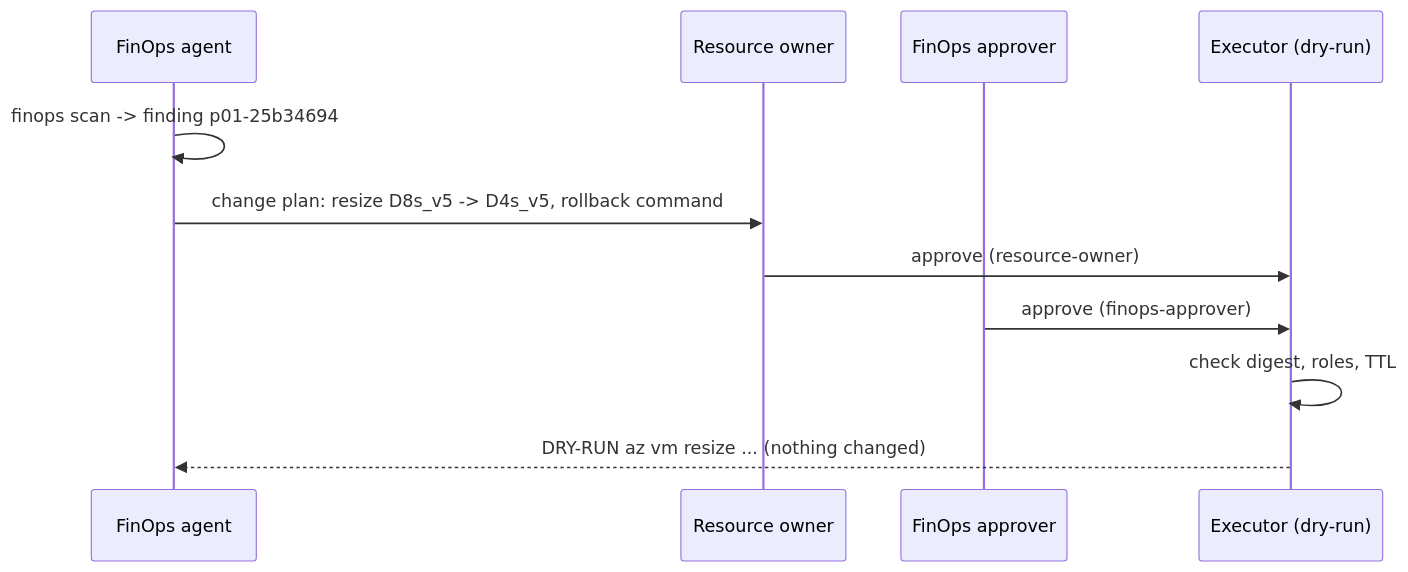
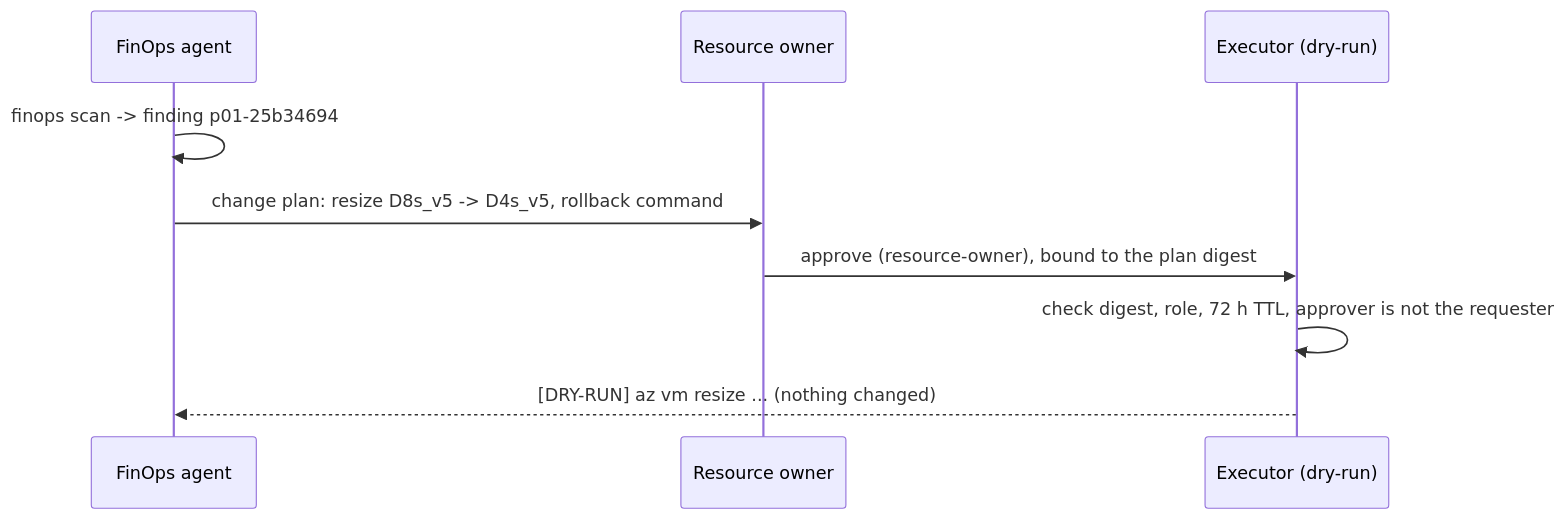
Before and after one commit to jagadishmazure-jpg/Jagadish-azure-finops: the second of 2 diagrams in docs/patterns/01-rightsize.md, drawn with Mermaid. The commit also changed other lines of this file and 2 other files, not shown here.

Commit message:
docs: pattern 2 autoscale

````diff
--- a/docs/patterns/01-rightsize.md
+++ b/docs/patterns/01-rightsize.md
@@ -188,13 +188,11 @@
 ```mermaid
 sequenceDiagram
   participant A as FinOps agent
   participant O as Resource owner
-  participant F as FinOps approver
   participant X as Executor (dry-run)
   A->>A: finops scan -> finding p01-25b34694
   A->>O: change plan: resize D8s_v5 -> D4s_v5, rollback command
-  O->>X: approve (resource-owner)
-  F->>X: approve (finops-approver)
-  X->>X: check digest, roles, TTL
-  X-->>A: DRY-RUN az vm resize ... (nothing changed)
+  O->>X: approve (resource-owner), bound to the plan digest
+  X->>X: check digest, role, 72 h TTL, approver is not the requester
+  X-->>A: [DRY-RUN] az vm resize ... (nothing changed)
 ```
````
